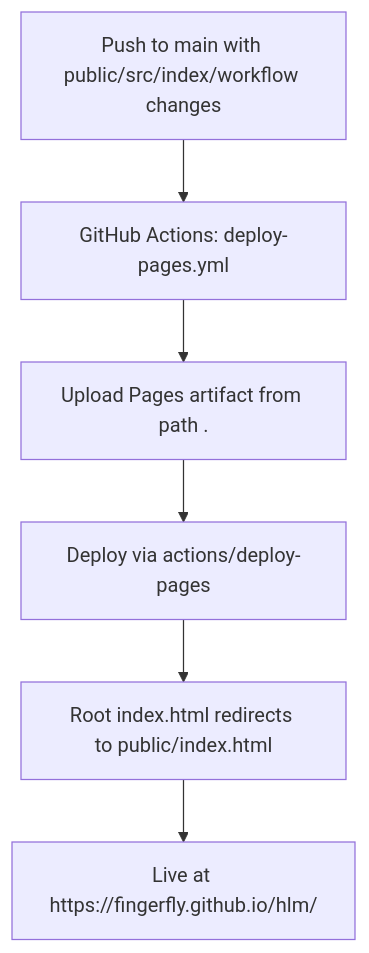
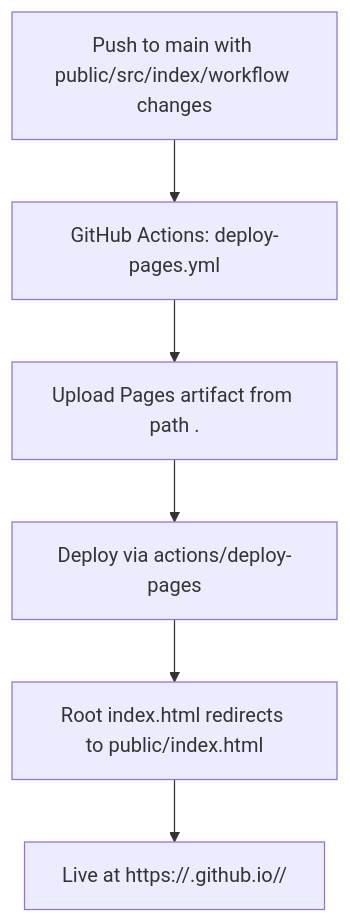
Before and after one commit to fingerfly/hlm: the first of 5 diagrams in DEPLOY_TO_GITHUB_MERMAID.md, drawn with Mermaid. The commit also changed other lines of this file and 9 other files, not shown here.

````diff
--- a/DEPLOY_TO_GITHUB_MERMAID.md
+++ b/DEPLOY_TO_GITHUB_MERMAID.md
@@ -8,9 +8,9 @@
 ```mermaid
 flowchart TD
   A[Push to main with public/src/index/workflow changes]
   --> B[GitHub Actions: deploy-pages.yml]
   B --> C[Upload Pages artifact from path .]
   C --> D[Deploy via actions/deploy-pages]
   D --> E[Root index.html redirects to public/index.html]
-  E --> F[Live at https://fingerfly.github.io/hlm/]
+  E --> F[Live at https://<owner>.github.io/<repo>/]
 ```
````
